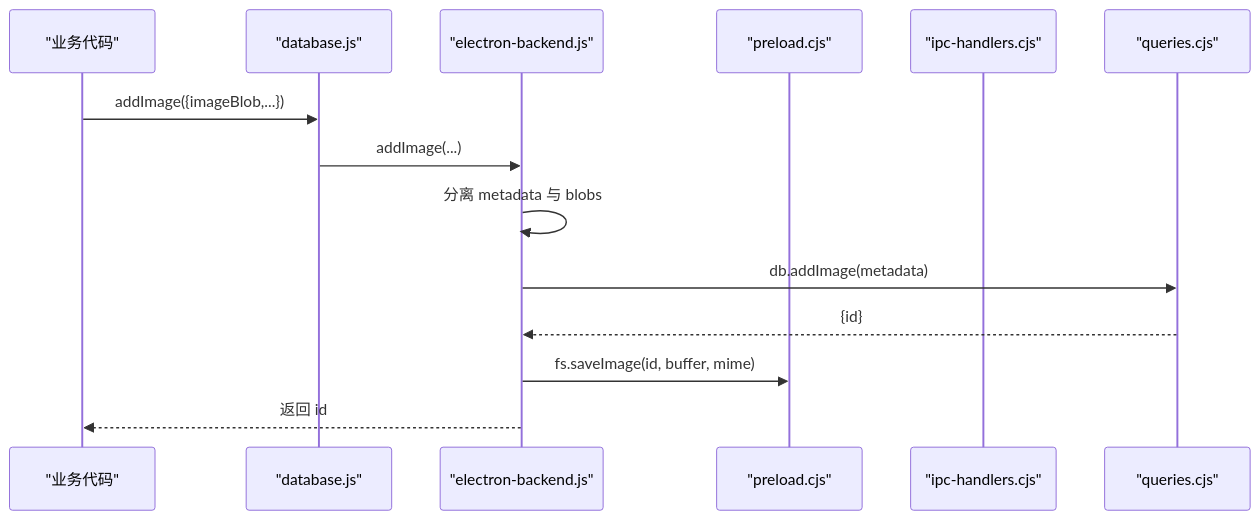
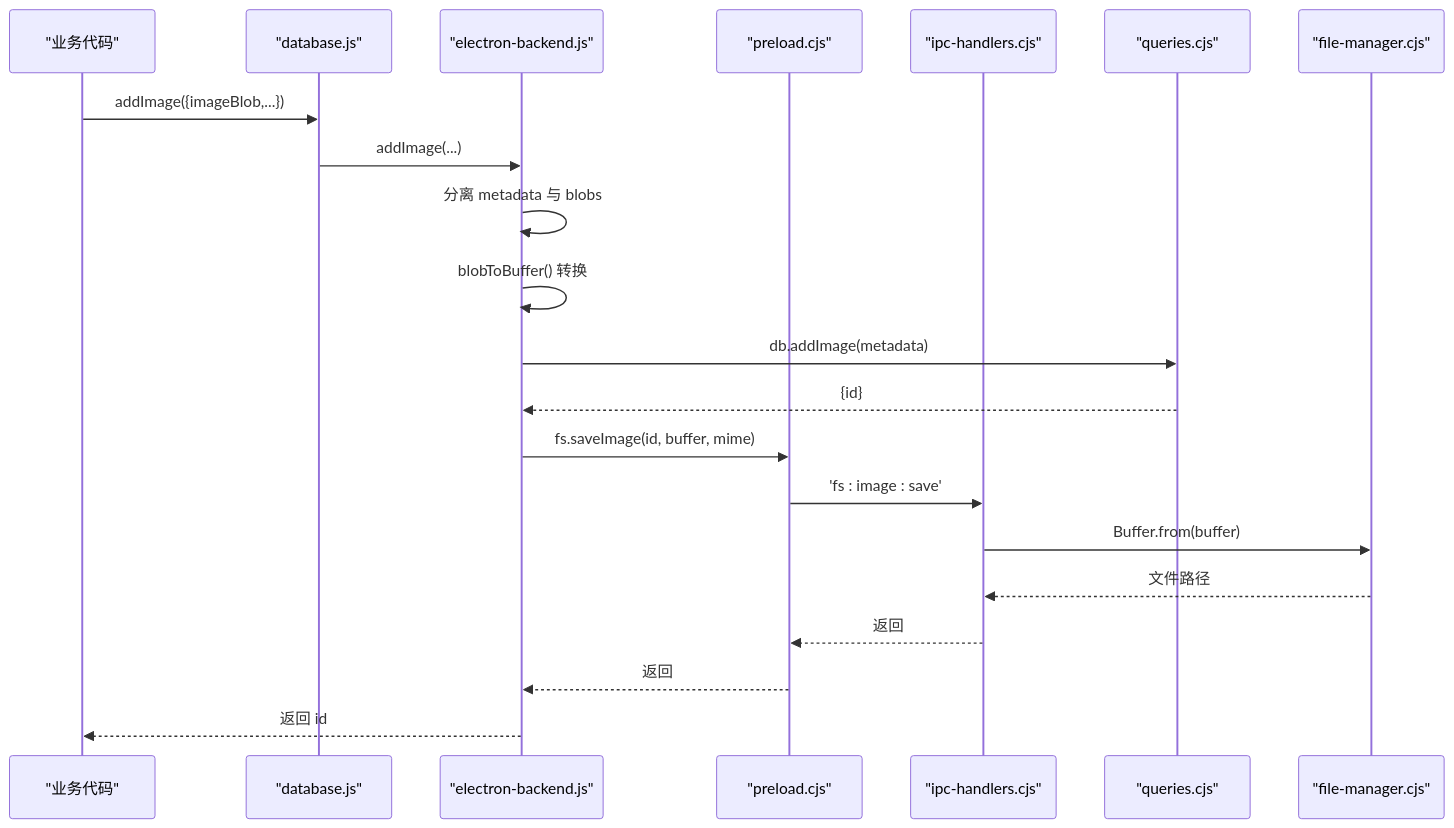
One commit to AlbusWei/AI-Image-Studio changed the sixth of 8 diagrams in .qoder/repowiki/zh/content/数据库层/SQLite 数据库层.md. Above: the diagram before and after it, drawn with Mermaid. The commit also changed other lines of this file and 26 other files, not shown here.

Commit message:
fix: 修复 Gallery 图片显示 broken image 问题

````diff
--- a/.qoder/repowiki/zh/content/数据库层/SQLite 数据库层.md
+++ b/.qoder/repowiki/zh/content/数据库层/SQLite 数据库层.md
@@ -241,16 +327,23 @@
 ```mermaid
 sequenceDiagram
 participant App as "业务代码"
 participant DBF as "database.js"
 participant EBE as "electron-backend.js"
 participant PL as "preload.cjs"
 participant IPC as "ipc-handlers.cjs"
 participant Q as "queries.cjs"
+participant FM as "file-manager.cjs"
 App->>DBF : addImage({imageBlob,...})
 DBF->>EBE : addImage(...)
 EBE->>EBE : 分离 metadata 与 blobs
+EBE->>EBE : blobToBuffer() 转换
 EBE->>Q : db.addImage(metadata)
 Q-->>EBE : {id}
 EBE->>PL : fs.saveImage(id, buffer, mime)
+PL->>IPC : 'fs : image : save'
+IPC->>FM : Buffer.from(buffer)
+FM-->>IPC : 文件路径
+IPC-->>PL : 返回
+PL-->>EBE : 返回
 EBE-->>App : 返回 id
 ```
````
